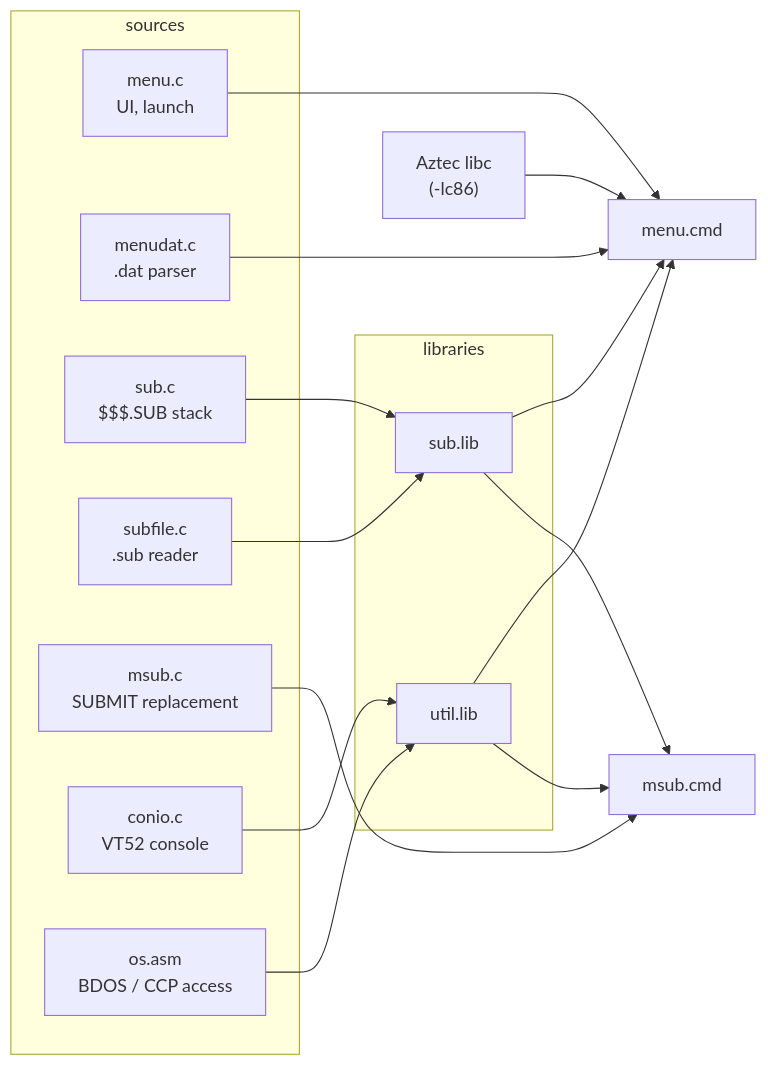
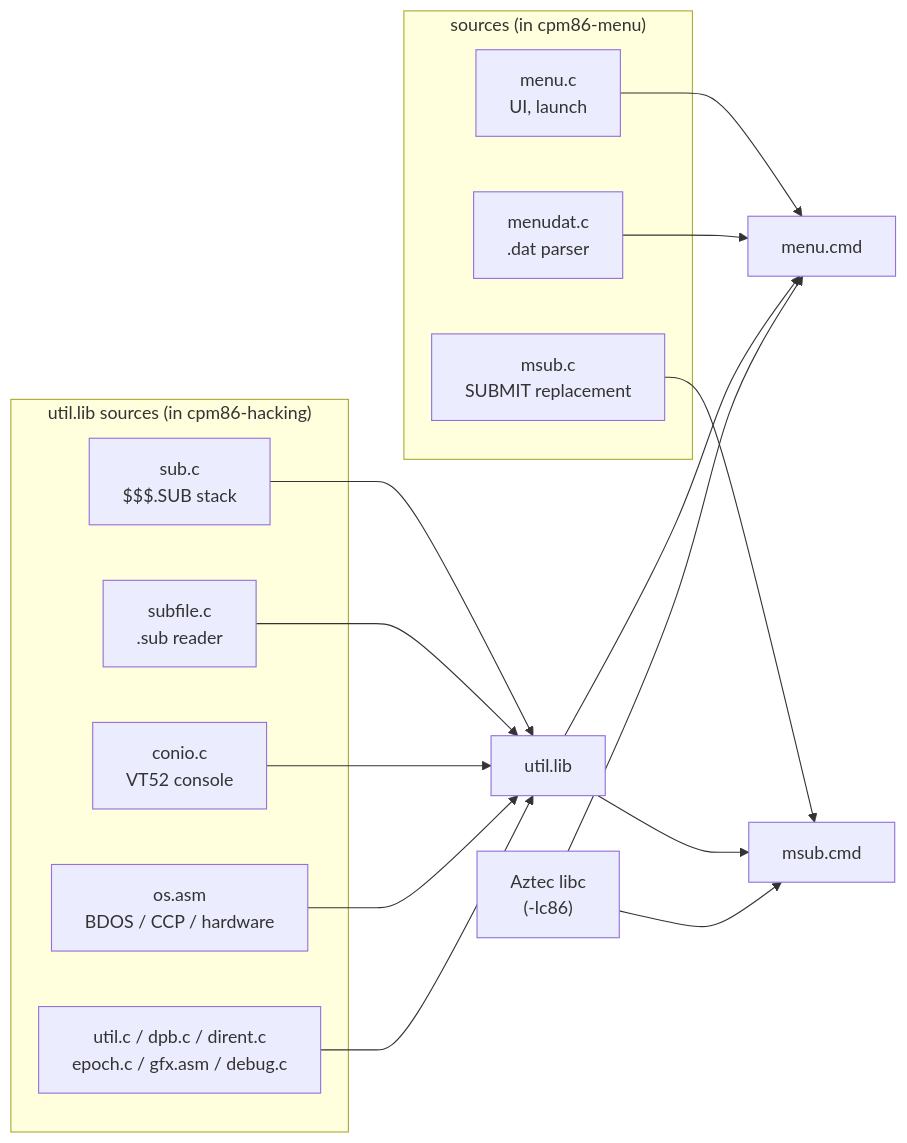
The first of 5 diagrams in implementation.md (tsupplis/cpm86-menu), drawn with Mermaid before and after one commit. The commit also changed other lines of this file, not shown here.

Commit message:
fix current design

````diff
--- a/implementation.md
+++ b/implementation.md
@@ -8,28 +8,27 @@
 ```mermaid
 flowchart LR
-    subgraph SRC["sources"]
+    subgraph SRC["sources (in cpm86-menu)"]
         MC["menu.c<br/>UI, launch"]
         MD["menudat.c<br/>.dat parser"]
+        MS["msub.c<br/>SUBMIT replacement"]
+    end
+    subgraph ULS["util.lib sources (in cpm86-hacking)"]
         SC["sub.c<br/>$$$.SUB stack"]
         SF["subfile.c<br/>.sub reader"]
-        MS["msub.c<br/>SUBMIT replacement"]
         CO["conio.c<br/>VT52 console"]
-        OS["os.asm<br/>BDOS / CCP access"]
+        OS["os.asm<br/>BDOS / CCP / hardware"]
+        UT["util.c / dpb.c / dirent.c<br/>epoch.c / gfx.asm / debug.c"]
     end
-    subgraph LIB["libraries"]
-        SL["sub.lib"]
-        UL["util.lib"]
-    end
-    SC --> SL
-    SF --> SL
+    SC --> UL["util.lib"]
+    SF --> UL
     CO --> UL
     OS --> UL
+    UT --> UL
     MC --> CMD["menu.cmd"]
     MD --> CMD
-    SL --> CMD
     UL --> CMD
     LC["Aztec libc<br/>(-lc86)"] --> CMD
     MS --> MSC["msub.cmd"]
-    SL --> MSC
     UL --> MSC
+    LC --> MSC
 ```
````
